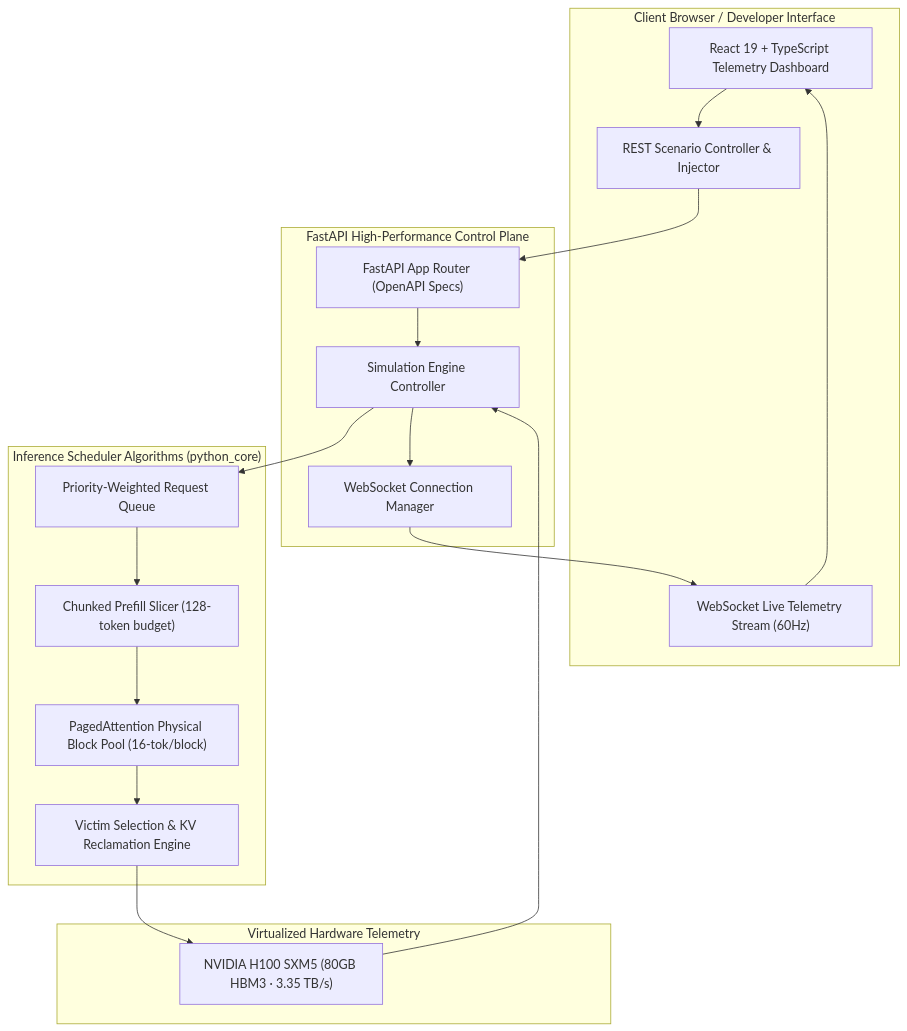
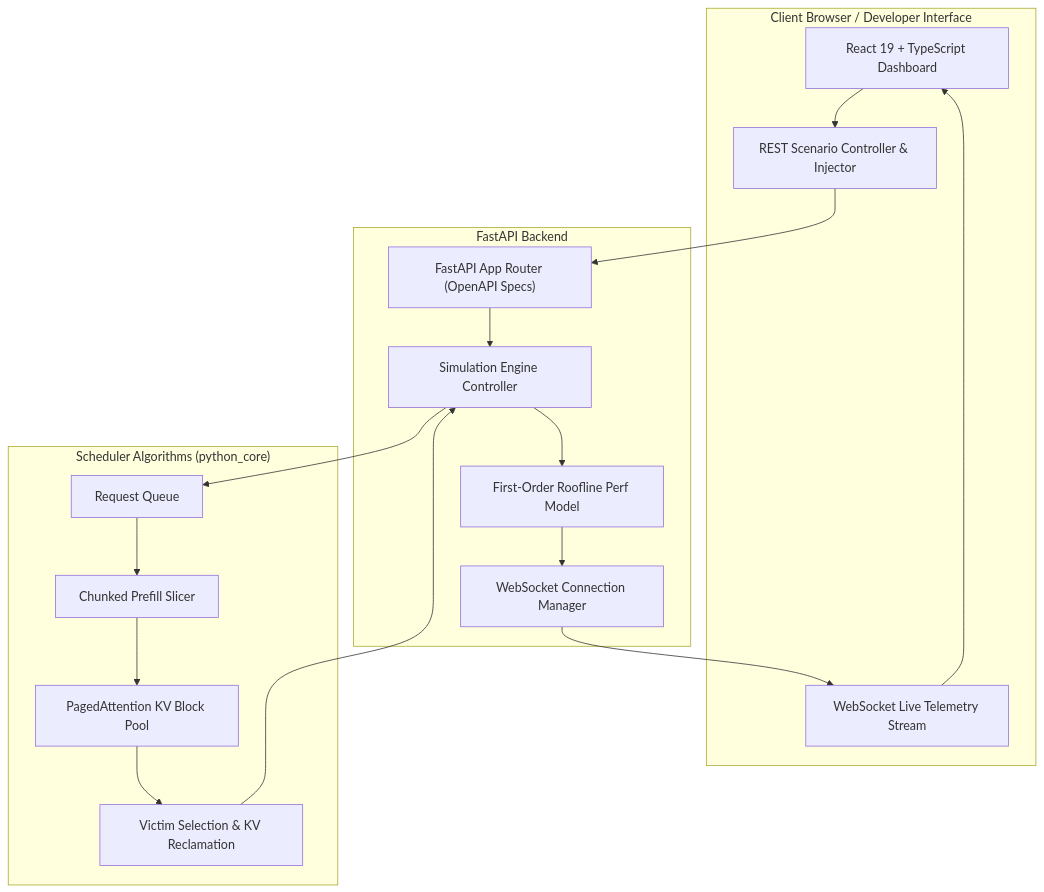
Before and after one commit to Malav786/llm-inference-control-plane: the diagram in README.md, drawn with Mermaid. The commit also changed other lines of this file and 1 other file, not shown here.

Commit message:
docs: clarify original scheduler implementations vs adapted simulation harness

````diff
--- a/README.md
+++ b/README.md
@@ -18,38 +22,35 @@
 ```mermaid
 flowchart TD
     subgraph Client ["Client Browser / Developer Interface"]
-        UI["React 19 + TypeScript Telemetry Dashboard"]
-        WSClient["WebSocket Live Telemetry Stream (60Hz)"]
+        UI["React 19 + TypeScript Dashboard"]
+        WSClient["WebSocket Live Telemetry Stream"]
         RESTClient["REST Scenario Controller & Injector"]
     end
 
-    subgraph Backend ["FastAPI High-Performance Control Plane"]
+    subgraph Backend ["FastAPI Backend"]
         API["FastAPI App Router (OpenAPI Specs)"]
         WSManager["WebSocket Connection Manager"]
         SimManager["Simulation Engine Controller"]
+        PerfModel["First-Order Roofline Perf Model"]
     end
 
-    subgraph CoreEngine ["Inference Scheduler Algorithms (python_core)"]
-        Queue["Priority-Weighted Request Queue"]
-        PrefillChunker["Chunked Prefill Slicer (128-token budget)"]
-        PagedKV["PagedAttention Physical Block Pool (16-tok/block)"]
-        PreemptionEngine["Victim Selection & KV Reclamation Engine"]
-    end
-
-    subgraph GPUHardware ["Virtualized Hardware Telemetry"]
-        H100["NVIDIA H100 SXM5 (80GB HBM3 · 3.35 TB/s)"]
+    subgraph CoreEngine ["Scheduler Algorithms (python_core)"]
+        Queue["Request Queue"]
+        PrefillChunker["Chunked Prefill Slicer"]
+        PagedKV["PagedAttention KV Block Pool"]
+        PreemptionEngine["Victim Selection & KV Reclamation"]
     end
 
     UI --> RESTClient
     RESTClient --> API
     API --> SimManager
     SimManager --> Queue
     Queue --> PrefillChunker
     PrefillChunker --> PagedKV
     PagedKV --> PreemptionEngine
-    PreemptionEngine --> H100
-    H100 --> SimManager
-    SimManager --> WSManager
+    PreemptionEngine --> SimManager
+    SimManager --> PerfModel
+    PerfModel --> WSManager
     WSManager --> WSClient
     WSClient --> UI
 ```
````
